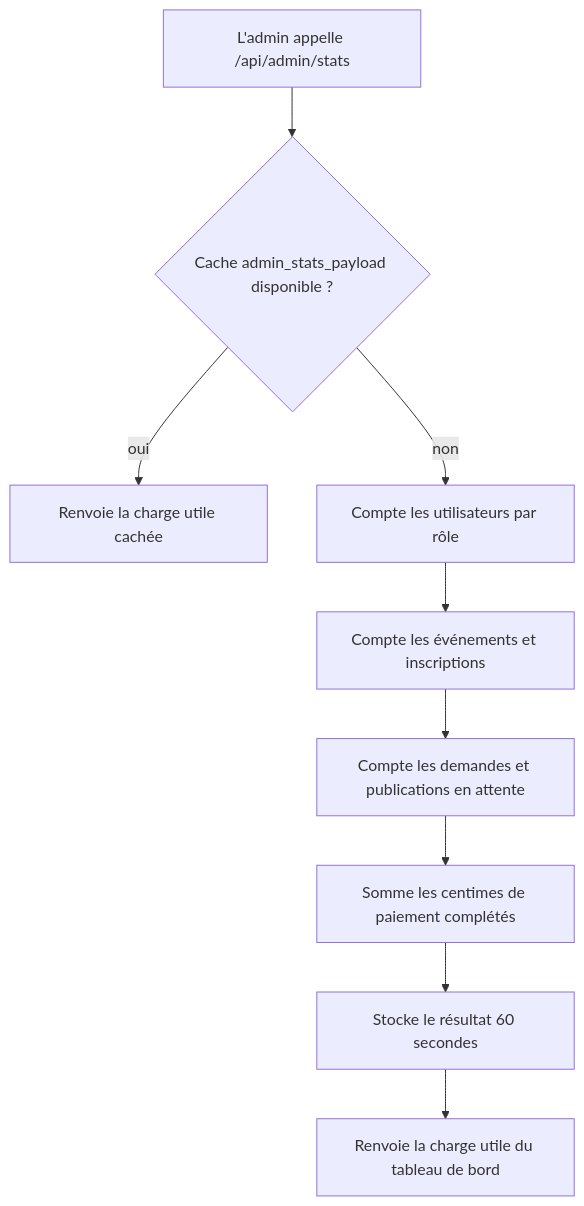
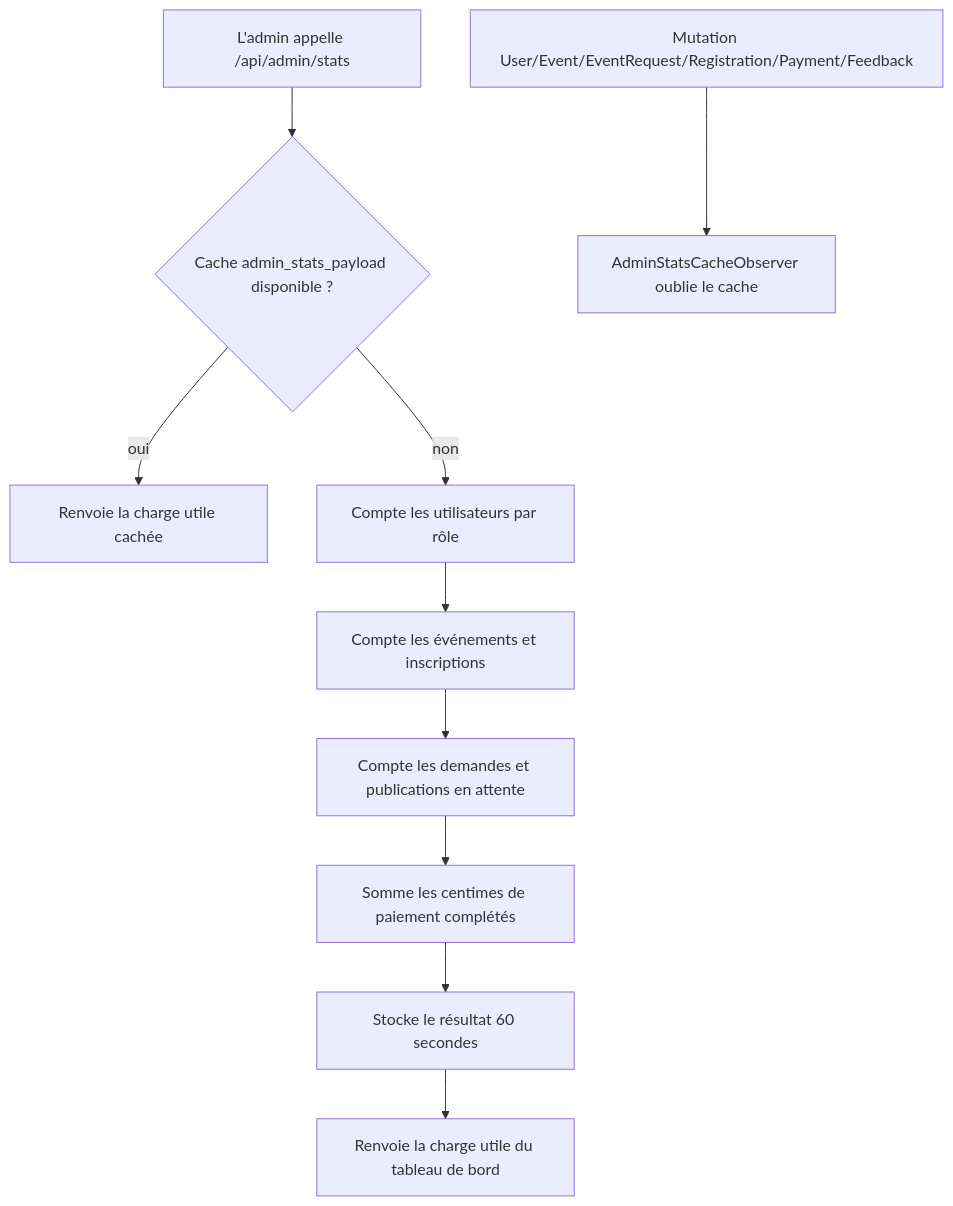
One commit to HOUDAZ011100100/SecRet-cms changed diagram 30 of 34 in backend/docs/uml/workflows.md. Above: the diagram before and after it, drawn with Mermaid. The commit also changed other lines of this file and 8 other files, not shown here.

Commit message:
feat(docs): Update documentation for API routes, backend architecture, and hardening plan

````diff
--- a/backend/docs/uml/workflows.md
+++ b/backend/docs/uml/workflows.md
@@ -708,11 +709,12 @@
 ```mermaid
 flowchart TD
     A[L'admin appelle /api/admin/stats] --> B{Cache admin_stats_payload disponible ?}
     B -- oui --> C[Renvoie la charge utile cachée]
     B -- non --> D[Compte les utilisateurs par rôle]
     D --> E[Compte les événements et inscriptions]
     E --> F[Compte les demandes et publications en attente]
     F --> G[Somme les centimes de paiement complétés]
     G --> H[Stocke le résultat 60 secondes]
     H --> I[Renvoie la charge utile du tableau de bord]
+    J[Mutation User/Event/EventRequest/Registration/Payment/Feedback] --> K[AdminStatsCacheObserver oublie le cache]
 ```
````
